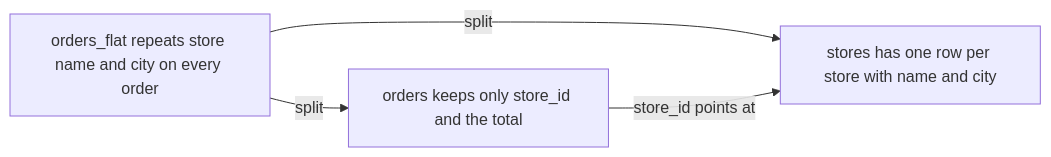
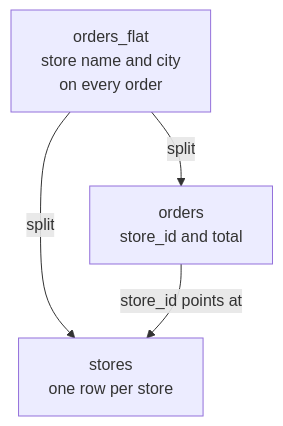
One commit to starjustice/research-material changed the first of 5 diagrams in learn/database/07-normalization.md. Above: the diagram before and after it, drawn with Mermaid. The commit also changed other lines of this file, not shown here.

````diff
--- a/learn/database/07-normalization.md
+++ b/learn/database/07-normalization.md
@@ -39,6 +15,6 @@
 ```mermaid
-graph LR
-    F["orders_flat repeats store name and city on every order"] -->|split| S["stores has one row per store with name and city"]
-    F -->|split| O["orders keeps only store_id and the total"]
+graph TB
+    F["orders_flat<br/>store name and city<br/>on every order"] -->|split| S["stores<br/>one row per store"]
+    F -->|split| O["orders<br/>store_id and total"]
     O -->|store_id points at| S
 ```
````
